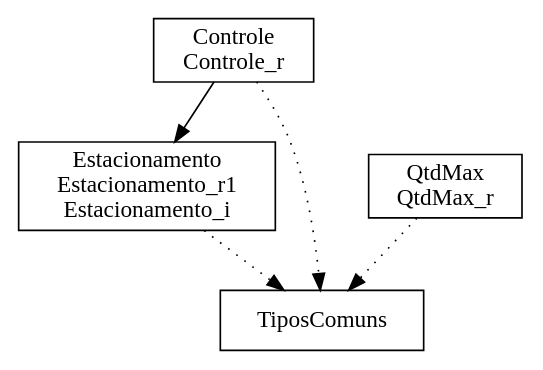
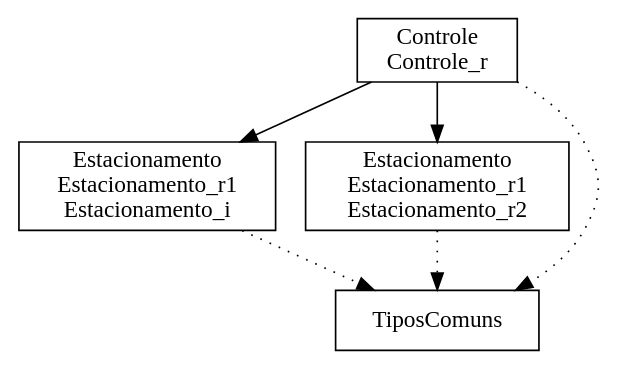
Before and after one commit to ciromdrs/mch_estacionamento: the diagram in Estacionamento/bdp/Estacionamento.dot, drawn with Graphviz. The commit also changed 66 other files, not shown here.

```diff
--- a/Estacionamento/bdp/Estacionamento.dot
+++ b/Estacionamento/bdp/Estacionamento.dot
@@ -1,11 +1,12 @@
 digraph {
 Controle_r [ label=" Controle\nControle_r " shape= box ]
 Estacionamento_i [ label=" Estacionamento\nEstacionamento_r1\nEstacionamento_i " shape= box ]
-QtdMax_r [ label=" QtdMax\nQtdMax_r " shape= box ]
+Estacionamento_r2 [ label=" Estacionamento\nEstacionamento_r1\nEstacionamento_r2 " shape= box ]
 TiposComuns [ label=" TiposComuns " shape= box ]
 
 "Controle_r" -> "TiposComuns" [style= dotted ]
 "Controle_r" -> "Estacionamento_i" []
+"Controle_r" -> "Estacionamento_r2" []
 "Estacionamento_i" -> "TiposComuns" [style= dotted ]
-"QtdMax_r" -> "TiposComuns" [style= dotted ]
+"Estacionamento_r2" -> "TiposComuns" [style= dotted ]
 }
```
